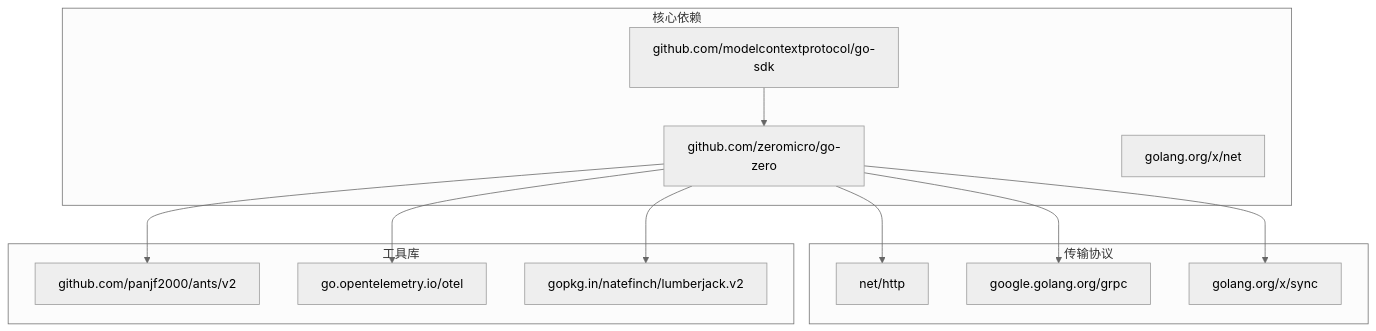
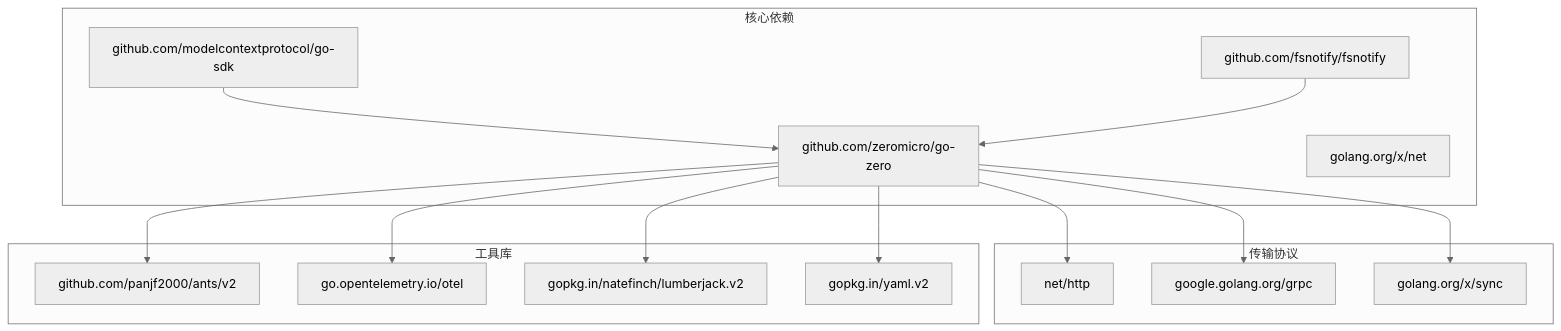
Diagram 11 of 11 in .qoder/repowiki/zh/content/MCP服务器配置.md (maomao94/zero-service), drawn with Mermaid (neutral theme) before and after one commit. The commit also changed other lines of this file and 48 other files, not shown here.

````diff
--- a/.qoder/repowiki/zh/content/MCP服务器配置.md
+++ b/.qoder/repowiki/zh/content/MCP服务器配置.md
@@ -269,25 +461,29 @@
 ```mermaid
 graph TB
 subgraph "核心依赖"
 A[github.com/zeromicro/go-zero]
 B[github.com/modelcontextprotocol/go-sdk]
 C[golang.org/x/net]
+D[github.com/fsnotify/fsnotify]
 end
 subgraph "传输协议"
-D[net/http]
-E[google.golang.org/grpc]
-F[golang.org/x/sync]
+E[net/http]
+F[google.golang.org/grpc]
+G[golang.org/x/sync]
 end
 subgraph "工具库"
-G[github.com/panjf2000/ants/v2]
-H[go.opentelemetry.io/otel]
-I[gopkg.in/natefinch/lumberjack.v2]
+H[github.com/panjf2000/ants/v2]
+I[go.opentelemetry.io/otel]
+J[gopkg.in/natefinch/lumberjack.v2]
+K[gopkg.in/yaml.v2]
 end
-A --> D
+A --> E
 B --> A
-A --> E
 A --> F
 A --> G
 A --> H
 A --> I
+A --> J
+A --> K
+D --> A
 ```
````
